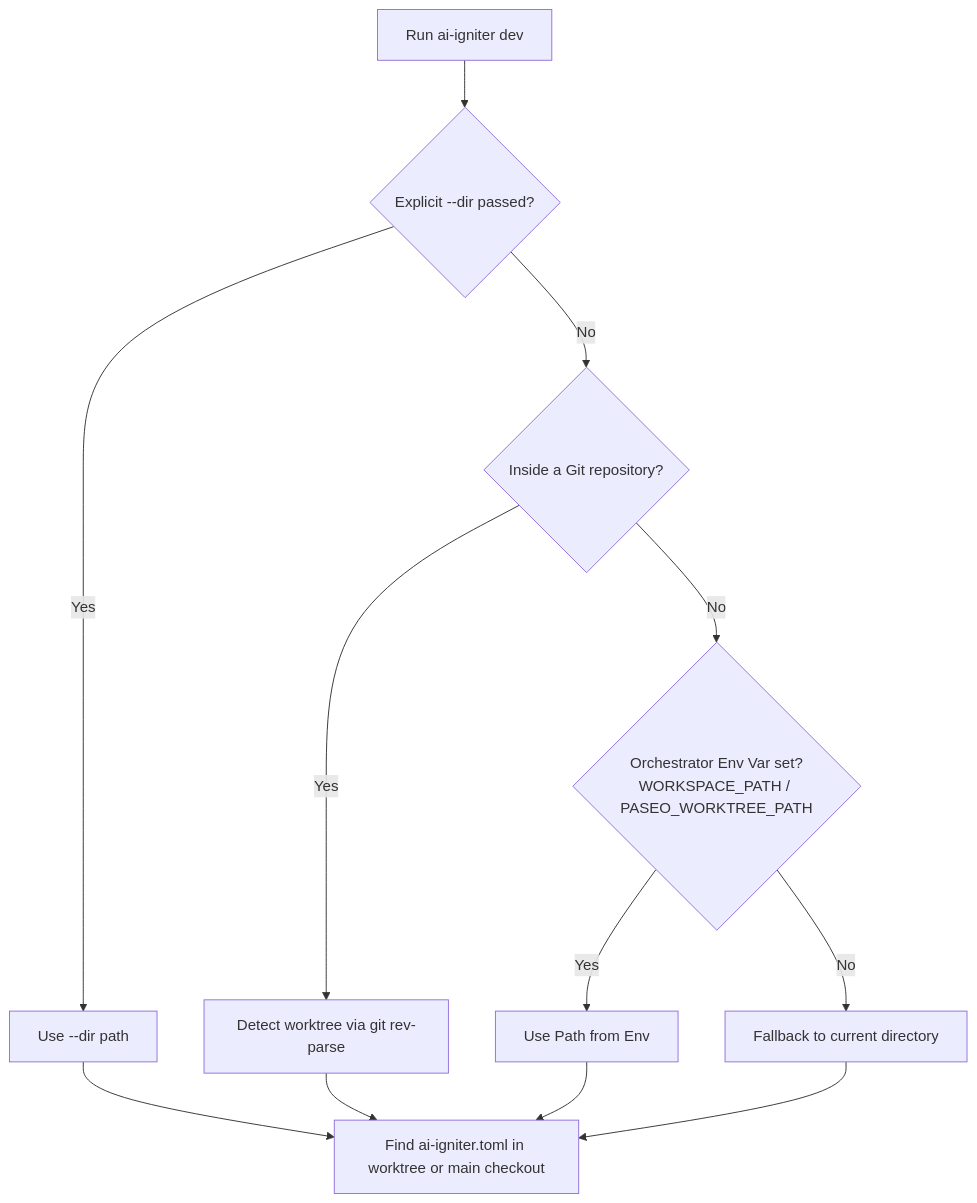
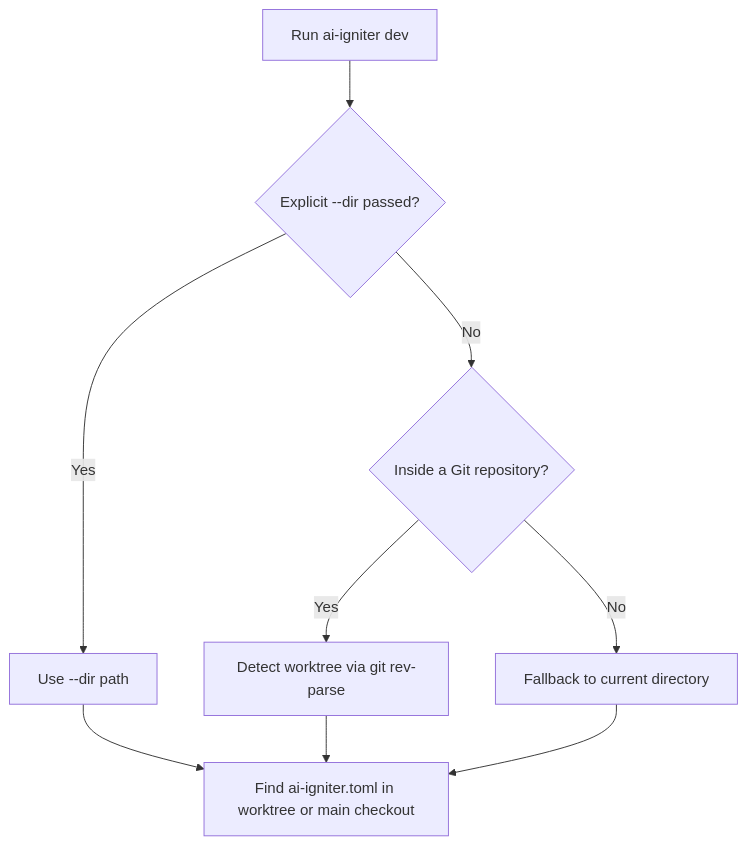
One commit to ScreamZ/ai-igniter changed the diagram in docs/workspace-resolution.md. Above: the diagram before and after it, drawn with Mermaid. The commit also changed other lines of this file and 10 other files, not shown here.

````diff
--- a/docs/workspace-resolution.md
+++ b/docs/workspace-resolution.md
@@ -18,14 +16,11 @@
 ```mermaid
 flowchart TD
     A[Run ai-igniter dev] --> B{Explicit --dir passed?}
     B -- Yes --> C[Use --dir path]
     B -- No --> D{Inside a Git repository?}
     D -- Yes --> E[Detect worktree via git rev-parse]
-    D -- No --> F{Orchestrator Env Var set?<br/>WORKSPACE_PATH / PASEO_WORKTREE_PATH}
-    F -- Yes --> G[Use Path from Env]
-    F -- No --> H[Fallback to current directory]
-    E --> I[Find ai-igniter.toml in worktree or main checkout]
-    C --> I
-    G --> I
-    H --> I
+    D -- No --> F[Fallback to current directory]
+    E --> G[Find ai-igniter.toml in worktree or main checkout]
+    C --> G
+    F --> G
 ```
````
